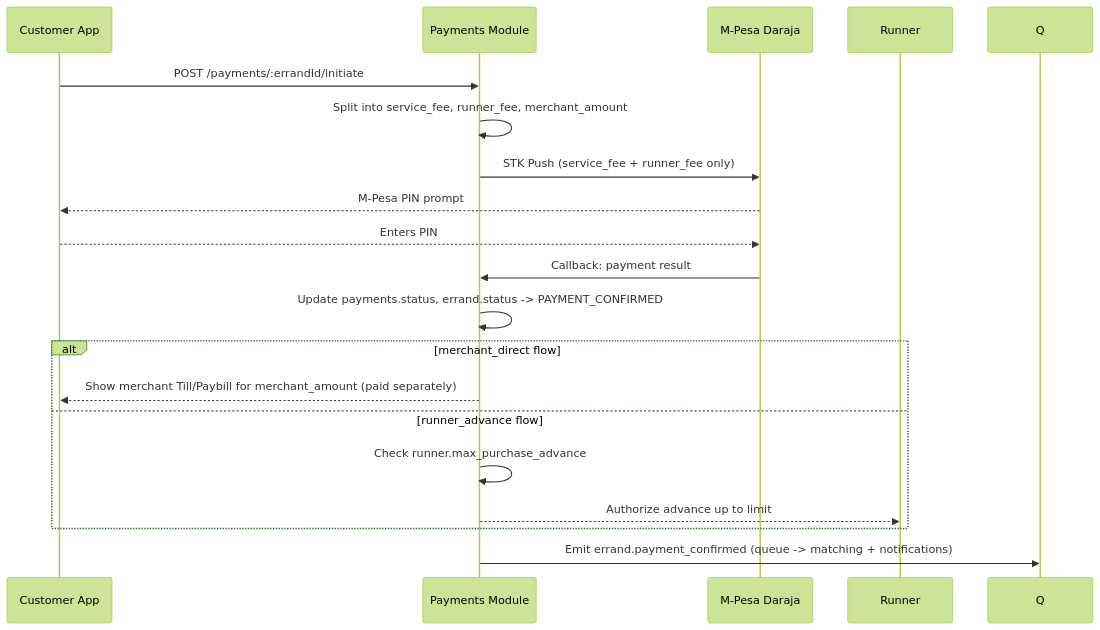
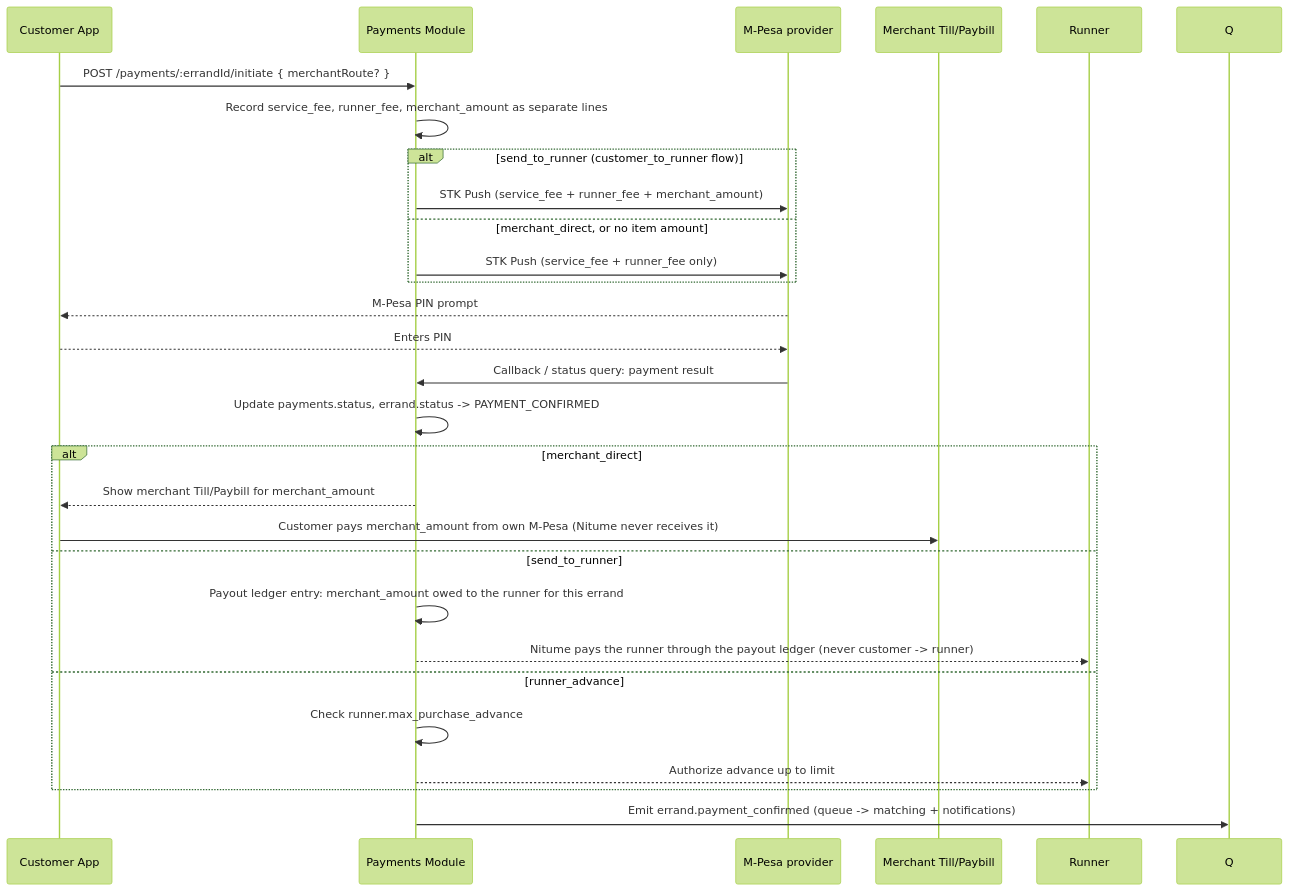
The sixth of 7 diagrams in docs/design/Nitume_System_Design.md (sanzio-br/nitume), drawn with Mermaid (forest theme) before and after one commit. The commit also changed other lines of this file, not shown here.

First line of the commit message:
docs(design): platform-mediated send-to-runner in §2.2 and §6 (rows 66, 67, 76)

````diff
--- a/docs/design/Nitume_System_Design.md
+++ b/docs/design/Nitume_System_Design.md
@@ -461,22 +468,31 @@
 ```mermaid
 sequenceDiagram
     participant C as Customer App
     participant API as Payments Module
-    participant MP as M-Pesa Daraja
+    participant MP as M-Pesa provider
+    participant M as Merchant Till/Paybill
     participant R as Runner
 
-    C->>API: POST /payments/:errandId/initiate
-    API->>API: Split into service_fee, runner_fee, merchant_amount
-    API->>MP: STK Push (service_fee + runner_fee only)
+    C->>API: POST /payments/:errandId/initiate { merchantRoute? }
+    API->>API: Record service_fee, runner_fee, merchant_amount as separate lines
+    alt send_to_runner (customer_to_runner flow)
+        API->>MP: STK Push (service_fee + runner_fee + merchant_amount)
+    else merchant_direct, or no item amount
+        API->>MP: STK Push (service_fee + runner_fee only)
+    end
     MP-->>C: M-Pesa PIN prompt
     C-->>MP: Enters PIN
-    MP->>API: Callback: payment result
+    MP->>API: Callback / status query: payment result
     API->>API: Update payments.status, errand.status -> PAYMENT_CONFIRMED
-    alt merchant_direct flow
-        API-->>C: Show merchant Till/Paybill for merchant_amount (paid separately)
-    else runner_advance flow
+    alt merchant_direct
+        API-->>C: Show merchant Till/Paybill for merchant_amount
+        C->>M: Customer pays merchant_amount from own M-Pesa (Nitume never receives it)
+    else send_to_runner
+        API->>API: Payout ledger entry: merchant_amount owed to the runner for this errand
+        API-->>R: Nitume pays the runner through the payout ledger (never customer -> runner)
+    else runner_advance
         API->>API: Check runner.max_purchase_advance
         API-->>R: Authorize advance up to limit
     end
     API->>Q: Emit errand.payment_confirmed (queue -> matching + notifications)
 ```
````
